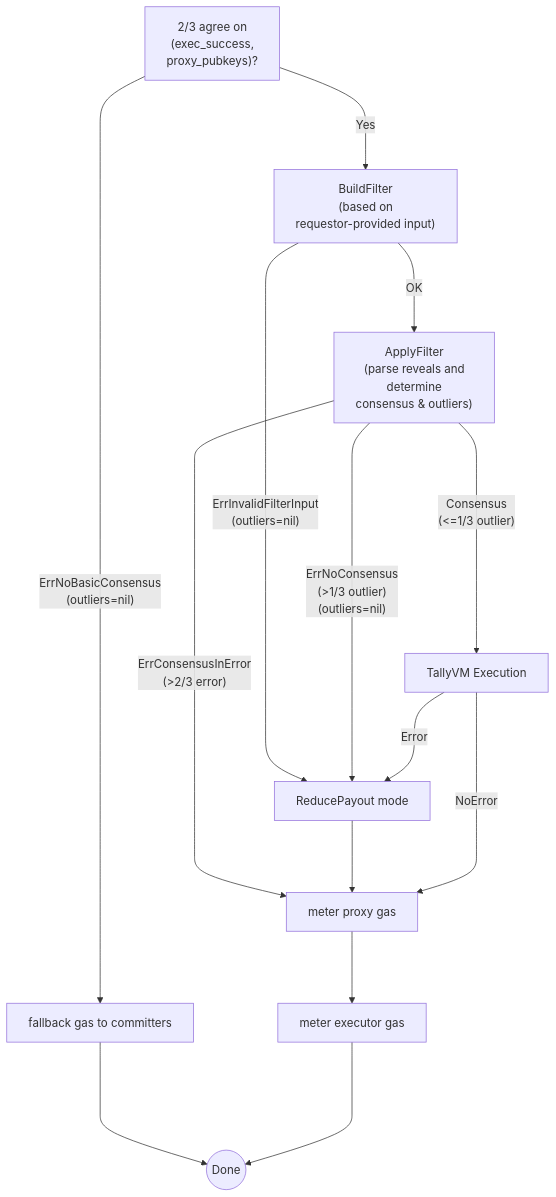
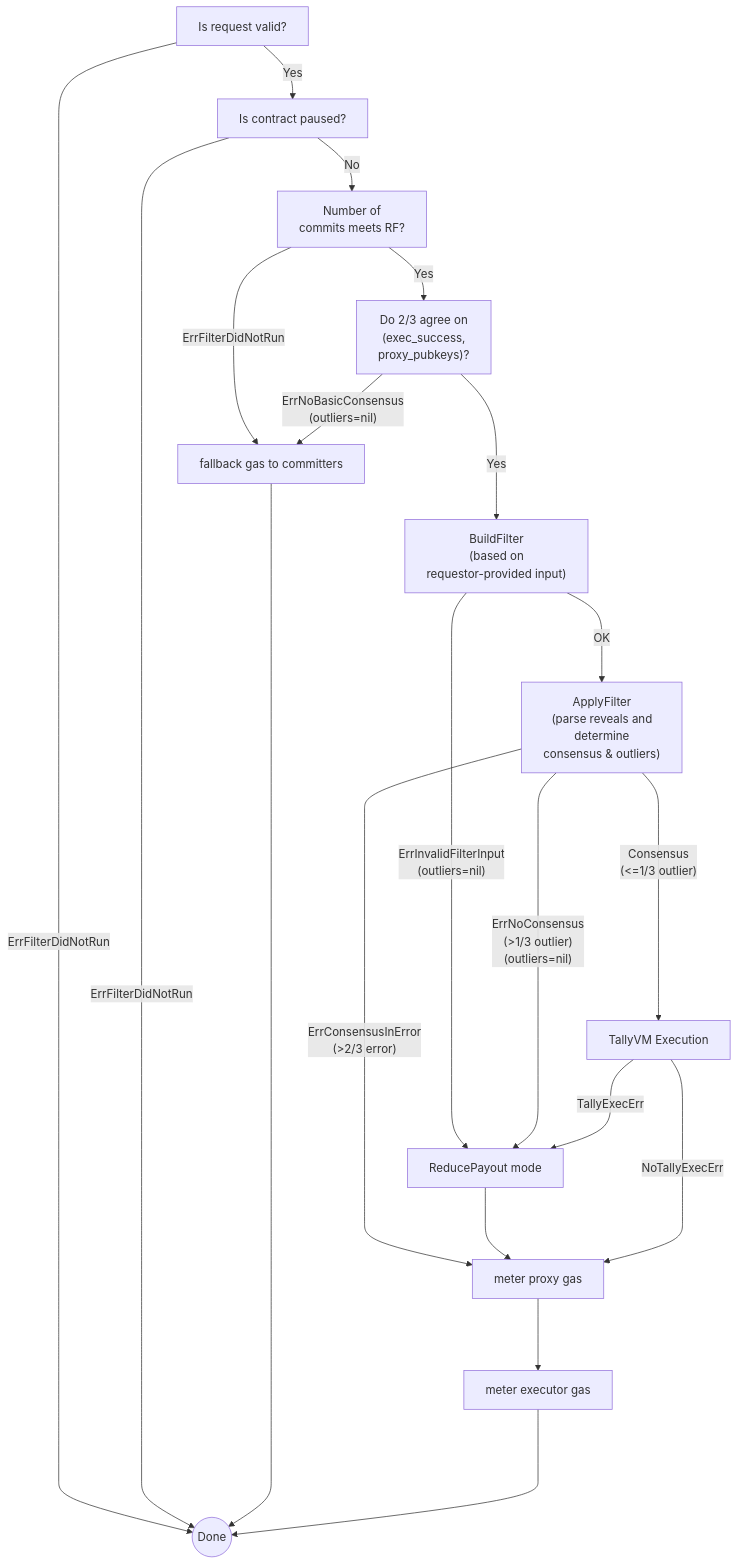
The diagram in x/tally/README.md (sedaprotocol/seda-chain), drawn with Mermaid before and after one commit. The commit also changed 2 other files, not shown here.

Commit message:
chore(x/tally): update tally flow mermaid diagram

````diff
--- a/x/tally/README.md
+++ b/x/tally/README.md
@@ -7,19 +7,28 @@
 ```mermaid
 flowchart TD
-    A["2/3 agree on<br>(exec_success,<br>proxy_pubkeys)?"]
+    A0["Is request valid?"]
+    A0 --> |"ErrFilterDidNotRun"| Z
+    A0 --> |Yes| A1
+    A1["Is contract paused?"]
+    A1 --> |"ErrFilterDidNotRun"| Z
+    A1 --> |No| A2
+    A2["Number of<br>commits meets RF?"]
+    A2 --> |"ErrFilterDidNotRun"| G1
+    A2 --> |Yes| A
+    A["Do 2/3 agree on<br>(exec_success,<br>proxy_pubkeys)?"]
     A -->|"ErrNoBasicConsensus<br>(outliers=nil)"| G1["fallback gas to committers"]
     A --->|Yes| C
     C["BuildFilter<br>(based on<br> requestor-provided input)"]
     C -->|"ErrInvalidFilterInput<br>(outliers=nil)"| R["ReducePayout mode"]
     C --->|OK| D
     D["ApplyFilter<br>(parse reveals and<br>determine <br>consensus & outliers)"]
     D ---->|"ErrNoConsensus<br>(>1/3 outlier)<br>(outliers=nil)"| R
     D --->|"ErrConsensusInError<br>(>2/3 error)"| G2
     D ----->|"Consensus<br>(<=1/3 outlier)"| F["TallyVM Execution"]
     R ---> G2
-    F ---> |Error|R
-    F -----> |NoError|G2["meter proxy gas"]
+    F ---> |TallyExecErr|R
+    F -----> |NoTallyExecErr|G2["meter proxy gas"]
     G2 ---> G3["meter executor gas"]
     G1  ----> Z(("Done"))
     G3  ----> Z(("Done"))
 ```
````
